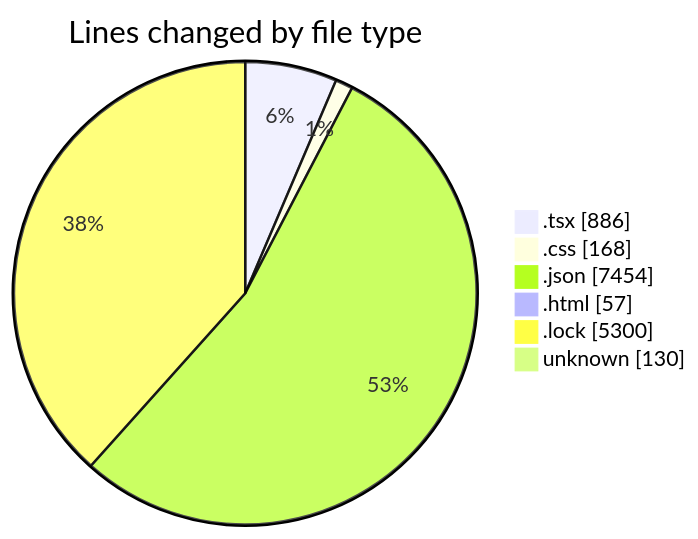
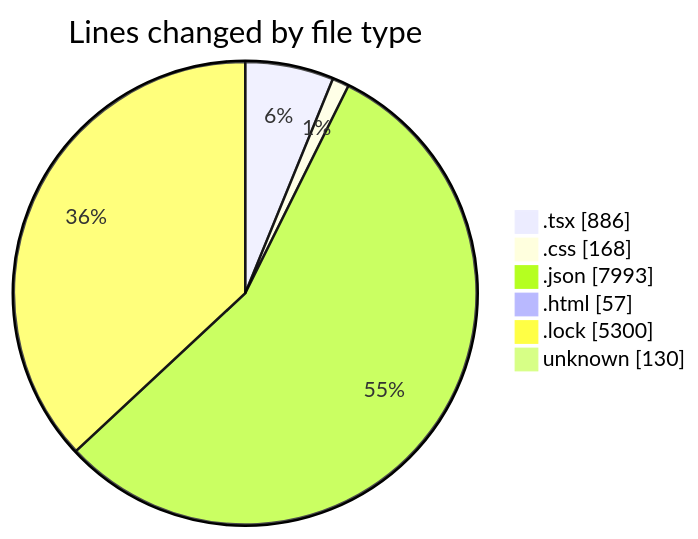
The first of 2 diagrams in 2025-08-12/ribbon/README.md (EIIisD/code-tracking), drawn with Mermaid before and after one commit. The commit also changed other lines of this file and 1 other file, not shown here.

````diff
--- a/2025-08-12/ribbon/README.md
+++ b/2025-08-12/ribbon/README.md
@@ -34,10 +34,10 @@
 ```mermaid
 pie showData
 title Lines changed by file type
 ".tsx" : 886
 ".css" : 168
-".json" : 7454
+".json" : 7993
 ".html" : 57
 ".lock" : 5300
 "unknown" : 130
 ```
````
